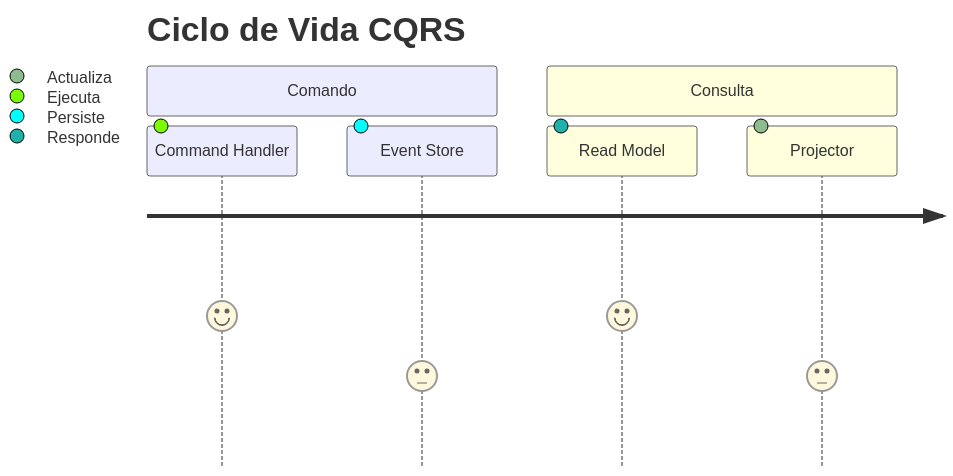
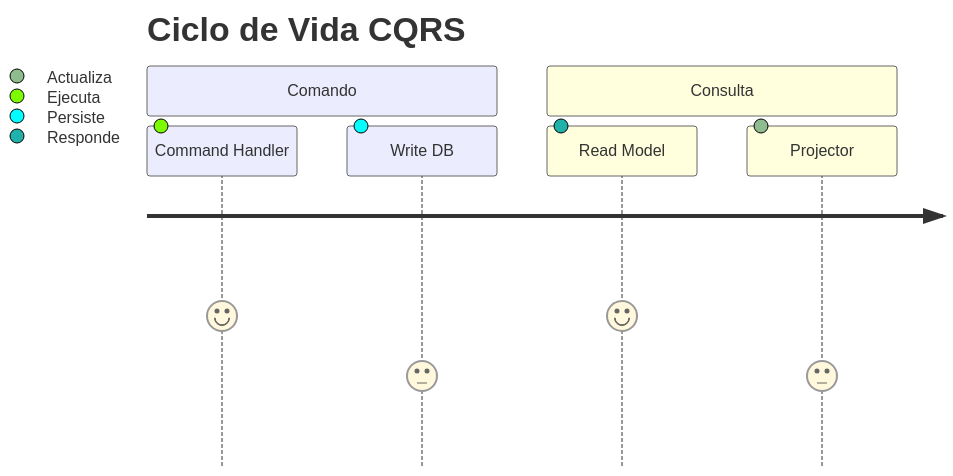
One commit to erserca16/curso-ddd-2026 changed the fourth of 5 diagrams in curso/dia-06/02-cqrs-fundamentos.md. Above: the diagram before and after it, drawn with Mermaid. The commit also changed other lines of this file and 22 other files, not shown here.

````diff
--- a/curso/dia-06/02-cqrs-fundamentos.md
+++ b/curso/dia-06/02-cqrs-fundamentos.md
@@ -223,10 +222,10 @@
   ```mermaid
   journey
     title Ciclo de Vida CQRS
     section Comando
       Command Handler: 5: Ejecuta
-      Event Store: 3: Persiste
+      Write DB: 3: Persiste
     section Consulta
       Read Model: 5: Responde
       Projector: 3: Actualiza
   ```
````
